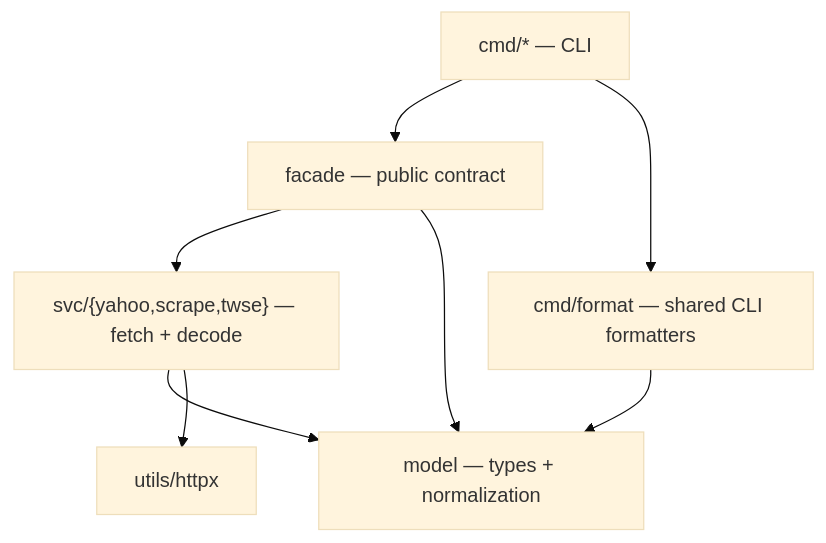
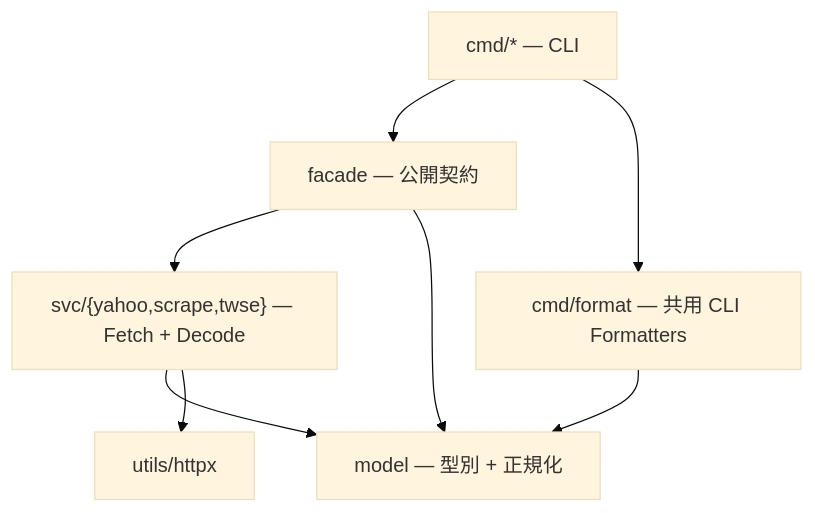
The diagram in README.md (BizShuk/yfin), drawn with Mermaid (base theme) before and after one commit. The commit also changed other lines of this file and 71 other files, not shown here.

````diff
--- a/README.md
+++ b/README.md
@@ -66,10 +66,10 @@
 ```mermaid
 flowchart TD
-    C["cmd/* — CLI"] --> F["facade — public contract"]
-    C --> FMT["cmd/format — shared CLI formatters"]
-    F --> S["svc/{yahoo,scrape,twse} — fetch + decode"]
-    S --> M["model — types + normalization"]
+    C["cmd/* — CLI"] --> F["facade — 公開契約"]
+    C --> FMT["cmd/format — 共用 CLI Formatters"]
+    F --> S["svc/{yahoo,scrape,twse} — Fetch + Decode"]
+    S --> M["model — 型別 + 正規化"]
     F --> M
     FMT --> M
     S --> H["utils/httpx"]
 ```
````
